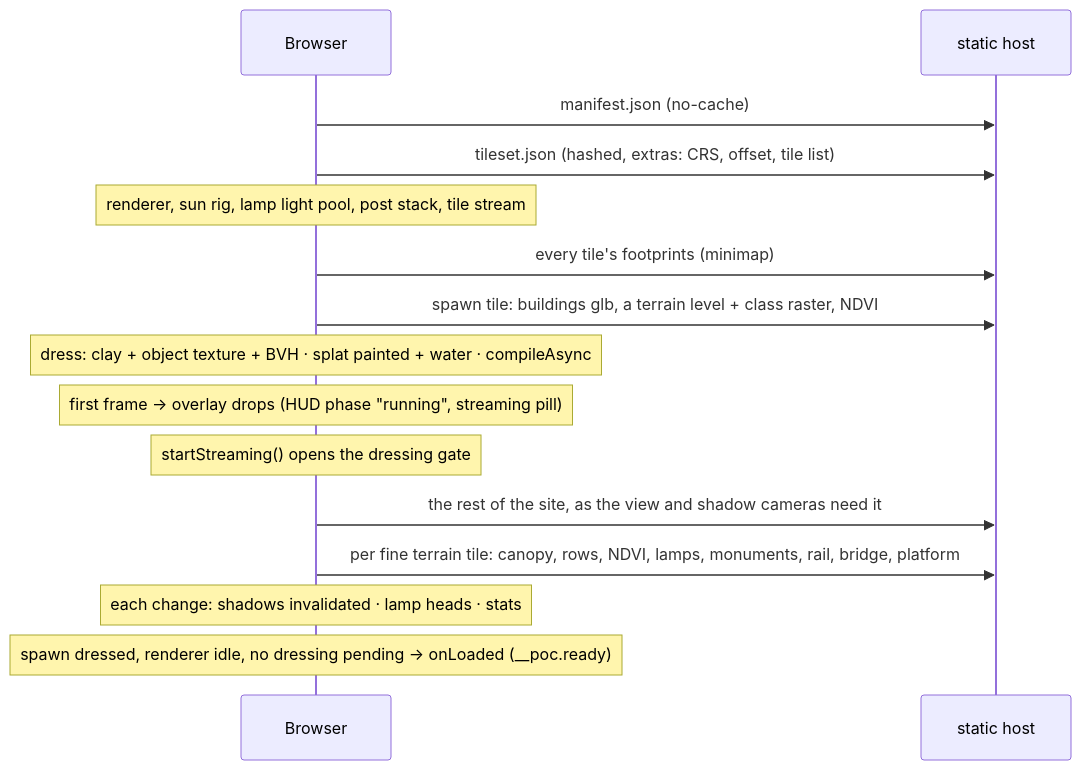
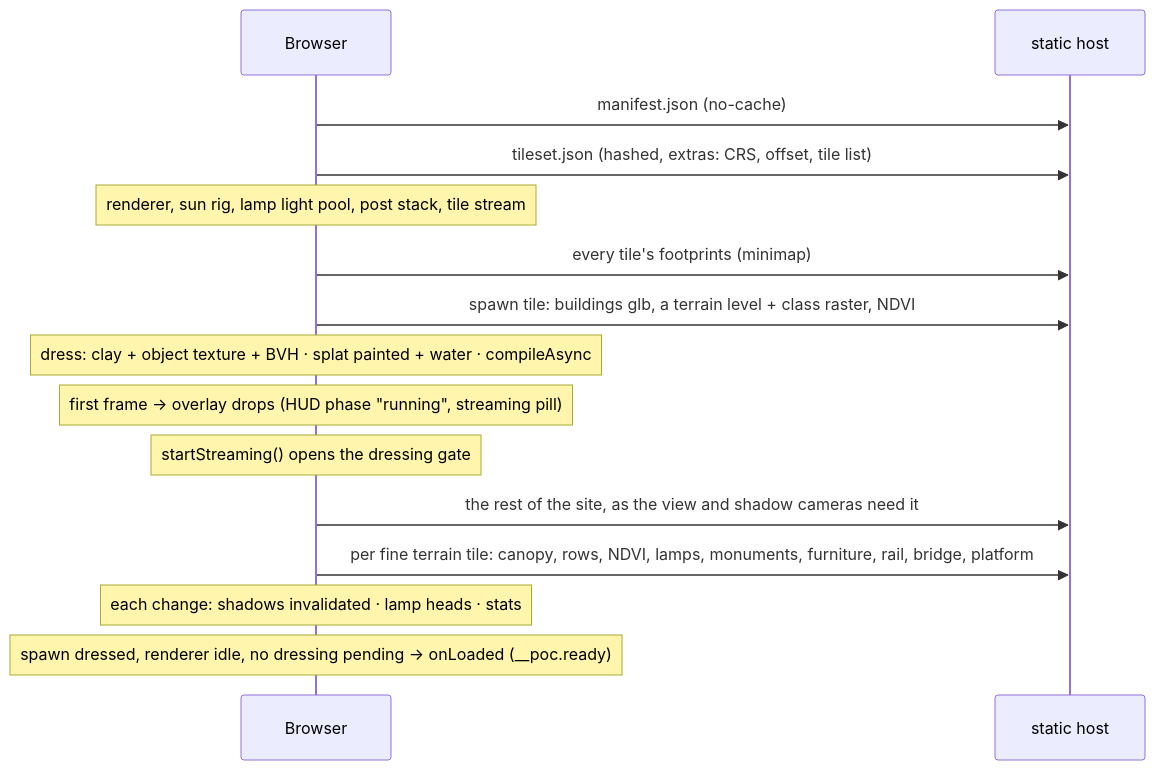
Before and after one commit to mdugue/bridge: the second of 2 diagrams in docs/rendering.md, drawn with Mermaid. The commit also changed other lines of this file and 43 other files, not shown here.

````diff
--- a/docs/rendering.md
+++ b/docs/rendering.md
@@ -229,17 +231,17 @@
 ```mermaid
 sequenceDiagram
   participant B as Browser
   participant S as static host
   B->>S: manifest.json (no-cache)
   B->>S: tileset.json (hashed, extras: CRS, offset, tile list)
   Note over B: renderer, sun rig, lamp light pool, post stack, tile stream
   B->>S: every tile's footprints (minimap)
   B->>S: spawn tile: buildings glb, a terrain level + class raster, NDVI
   Note over B: dress: clay + object texture + BVH · splat painted + water · compileAsync
   Note over B: first frame → overlay drops (HUD phase "running", streaming pill)
   Note over B: startStreaming() opens the dressing gate
   B->>S: the rest of the site, as the view and shadow cameras need it
-  B->>S: per fine terrain tile: canopy, rows, NDVI, lamps, monuments, rail, bridge, platform
+  B->>S: per fine terrain tile: canopy, rows, NDVI, lamps, monuments, furniture, rail, bridge, platform
   Note over B: each change: shadows invalidated · lamp heads · stats
   Note over B: spawn dressed, renderer idle, no dressing pending → onLoaded (__poc.ready)
 ```
````
